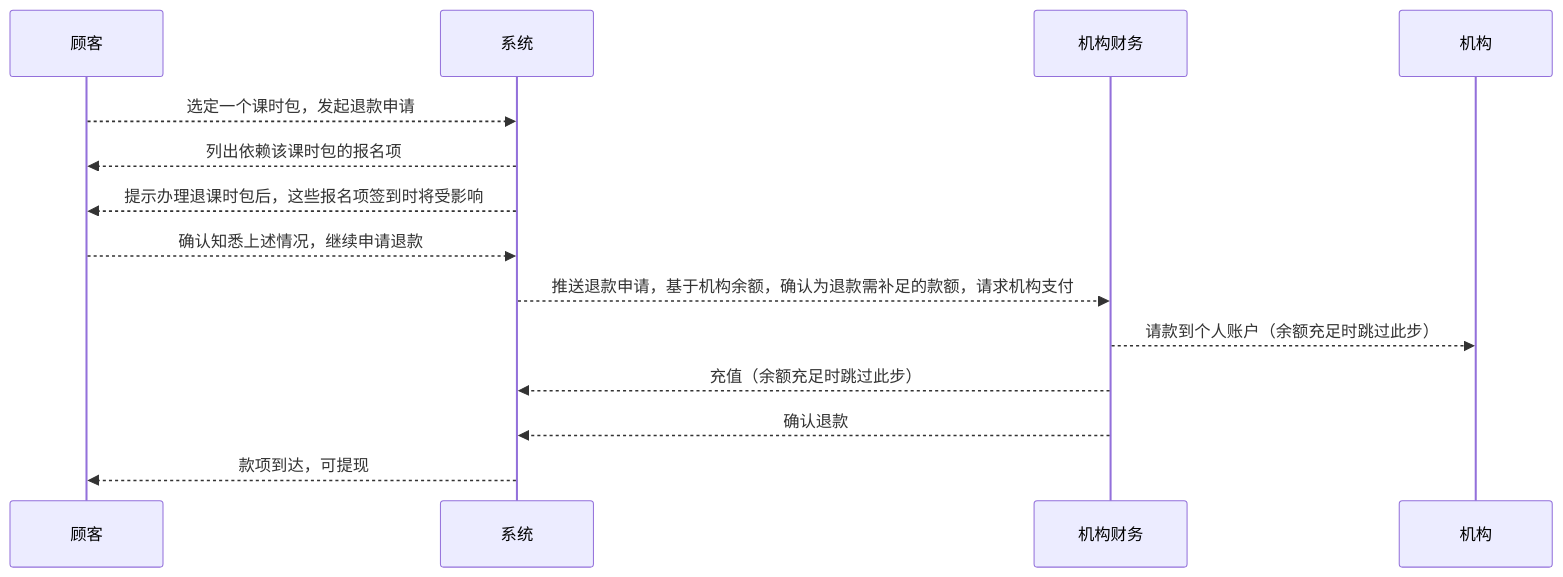
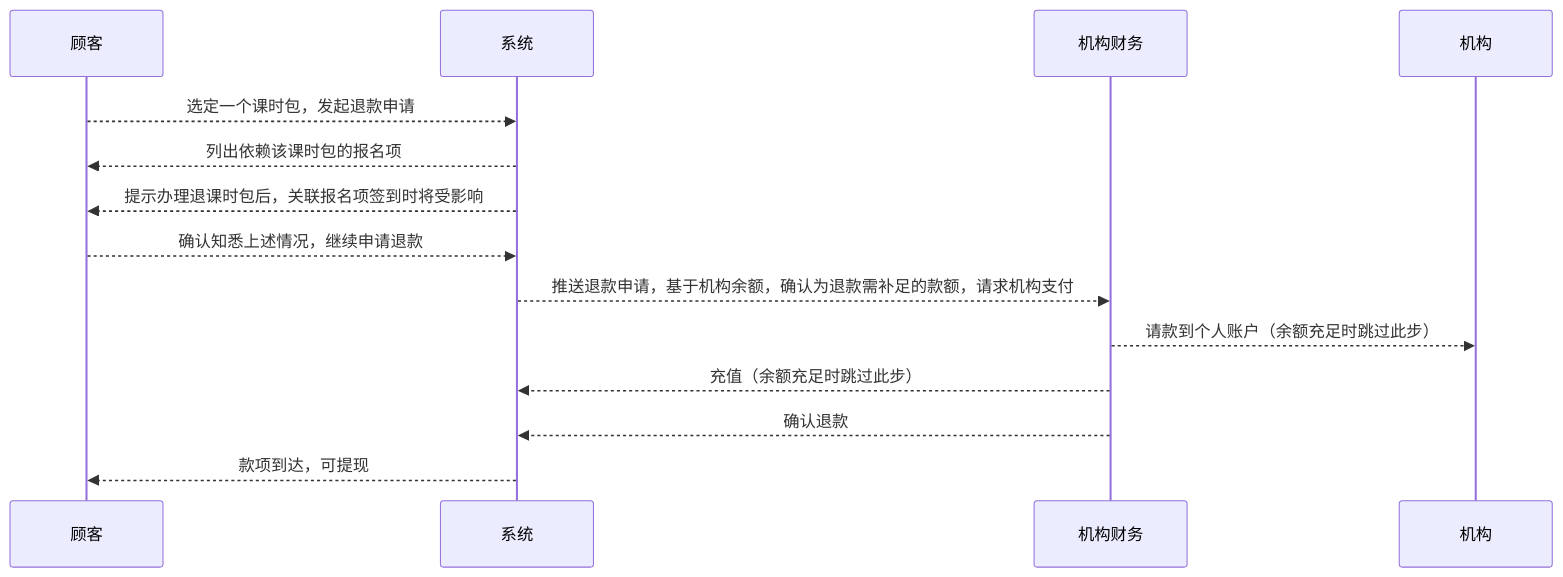
One commit to world-wide-web/sign changed the diagram in 模块/课时包/用例/退课时包.md. Above: the diagram before and after it, drawn with Mermaid. The commit also changed other lines of this file, not shown here.

Commit message:
模块/课时包/用例/退课时包.md updated from https://stackedit.io/

````diff
--- a/模块/课时包/用例/退课时包.md
+++ b/模块/课时包/用例/退课时包.md
@@ -11,21 +11,21 @@
 	```mermaid
 	sequenceDiagram
 
 	顾客-->>系统: 选定一个课时包，发起退款申请
 
 	系统-->>顾客: 列出依赖该课时包的报名项
 
-	系统-->>顾客: 提示办理退课时包后，这些报名项签到时将受影响
+	系统-->>顾客: 提示办理退课时包后，关联报名项签到时将受影响
 
 	顾客-->>系统: 确认知悉上述情况，继续申请退款
 
 	系统-->>机构财务: 推送退款申请，基于机构余额，确认为退款需补足的款额，请求机构支付
 
 	机构财务-->>机构: 请款到个人账户（余额充足时跳过此步）
 	
 	机构财务-->>系统: 充值（余额充足时跳过此步）
 	
 	机构财务-->>系统: 确认退款
 
 	系统-->>顾客: 款项到达，可提现
 	```
````
